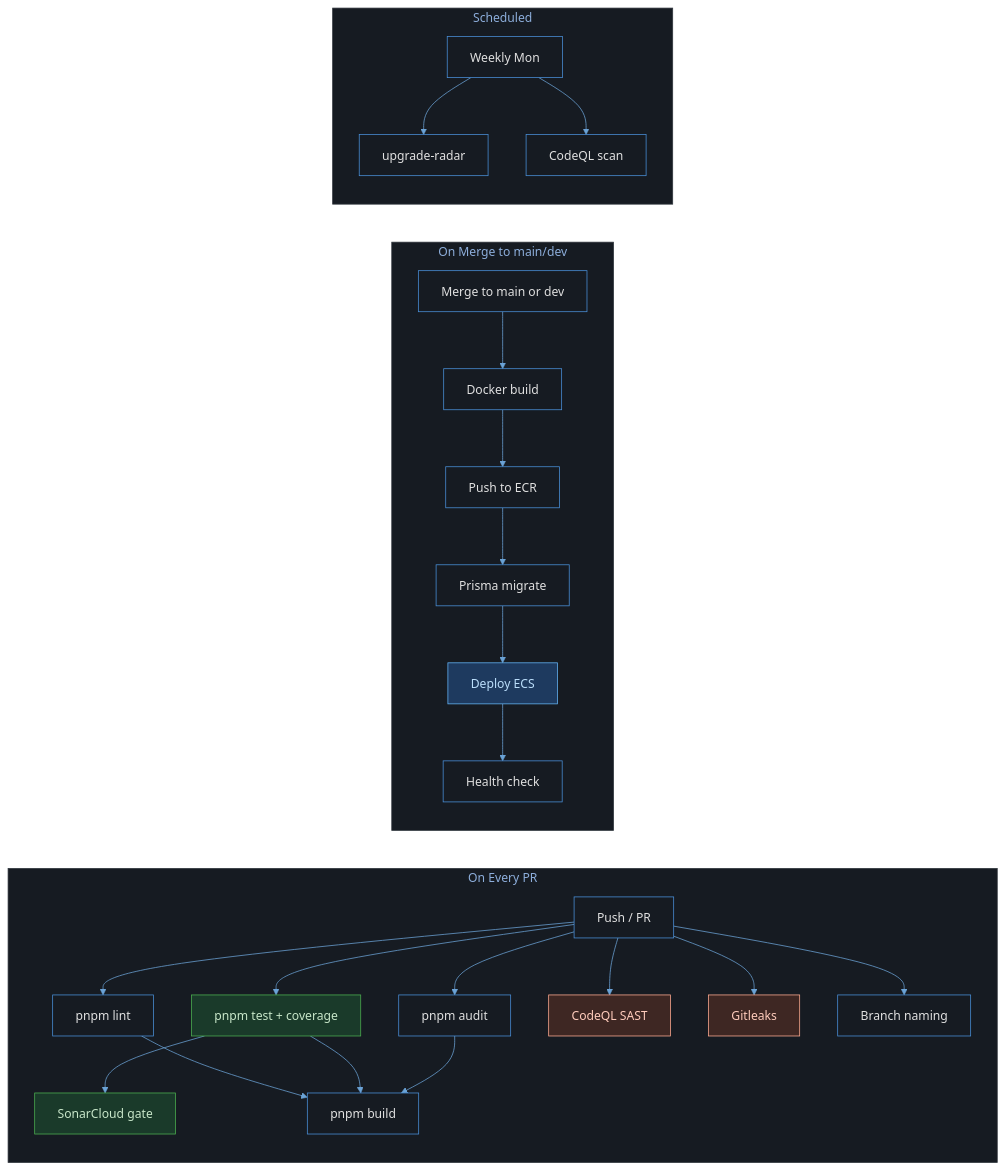
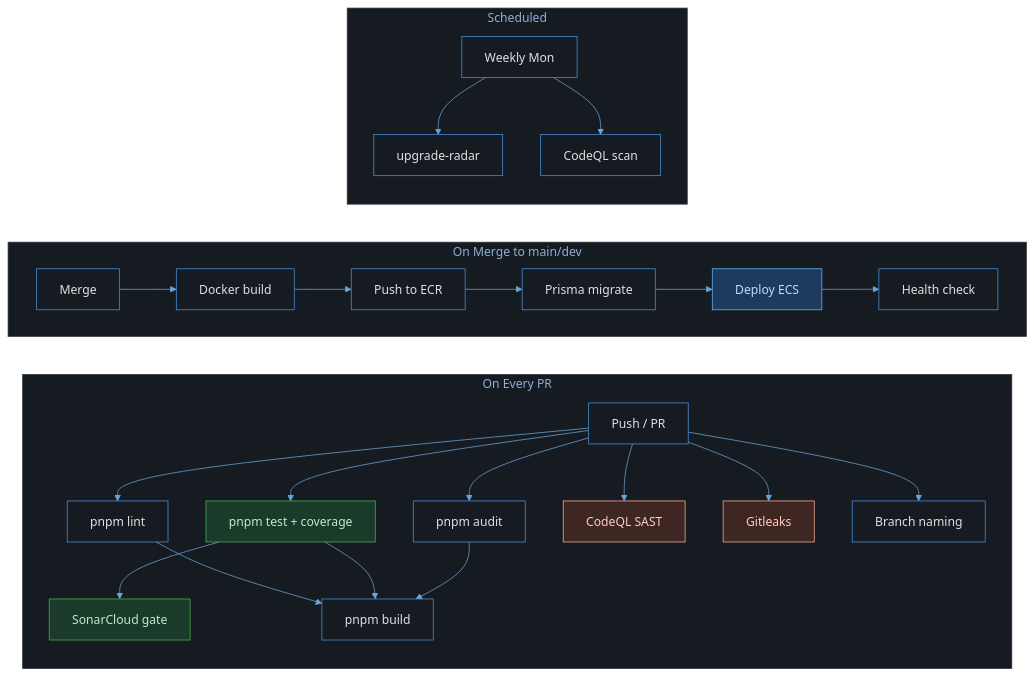
The fifth of 5 diagrams in docs/architecture/README.md (BrunoRodolpho/ibatexas), drawn with Mermaid before and after one commit.

Commit message:
docs(arch): force horizontal layout on deploy pipeline subgraph
Add direction LR to the deploy subgraph so Mermaid renders the
pipeline steps left-to-right instead of stacking vertically.

````diff
--- a/docs/architecture/README.md
+++ b/docs/architecture/README.md
@@ -263,29 +263,30 @@
 ```mermaid
 %%{init: {'theme': 'base', 'themeVariables': {'primaryColor': '#1e3a5f', 'primaryTextColor': '#e0e0e0', 'primaryBorderColor': '#4a90d9', 'lineColor': '#6ba3d6', 'background': '#0d1117', 'mainBkg': '#161b22', 'clusterBkg': '#161b22', 'clusterBorder': '#30363d'}}}%%
 flowchart LR
   subgraph PR["On Every PR"]
     PUSH[Push / PR] --> LINT[pnpm lint]
     PUSH --> TEST[pnpm test + coverage]
     PUSH --> AUDIT[pnpm audit]
     PUSH --> CODEQL[CodeQL SAST]
     PUSH --> SECRETS[Gitleaks]
     PUSH --> BRANCH[Branch naming]
     TEST --> SONAR[SonarCloud gate]
     LINT & TEST & AUDIT --> BUILD[pnpm build]
   end
 
   subgraph DEPLOY["On Merge to main/dev"]
-    MERGE["Merge to main or dev"] --> D1[Docker build] --> D2[Push to ECR] --> D3[Prisma migrate] --> D4["Deploy ECS"] --> D5[Health check]
+    direction LR
+    MERGE["Merge"] --> D1[Docker build] --> D2[Push to ECR] --> D3[Prisma migrate] --> D4["Deploy ECS"] --> D5[Health check]
   end
 
   subgraph CRON["Scheduled"]
     W[Weekly Mon] --> U[upgrade-radar]
     W --> CQ[CodeQL scan]
   end
 
   style TEST fill:#1a3a2a,stroke:#4caf50,color:#c8e6c9
   style SONAR fill:#1a3a2a,stroke:#4caf50,color:#c8e6c9
   style CODEQL fill:#3e2723,stroke:#ffab91,color:#ffccbc
   style SECRETS fill:#3e2723,stroke:#ffab91,color:#ffccbc
   style D4 fill:#1e3a5f,stroke:#64b5f6,color:#bbdefb
 ```
````
